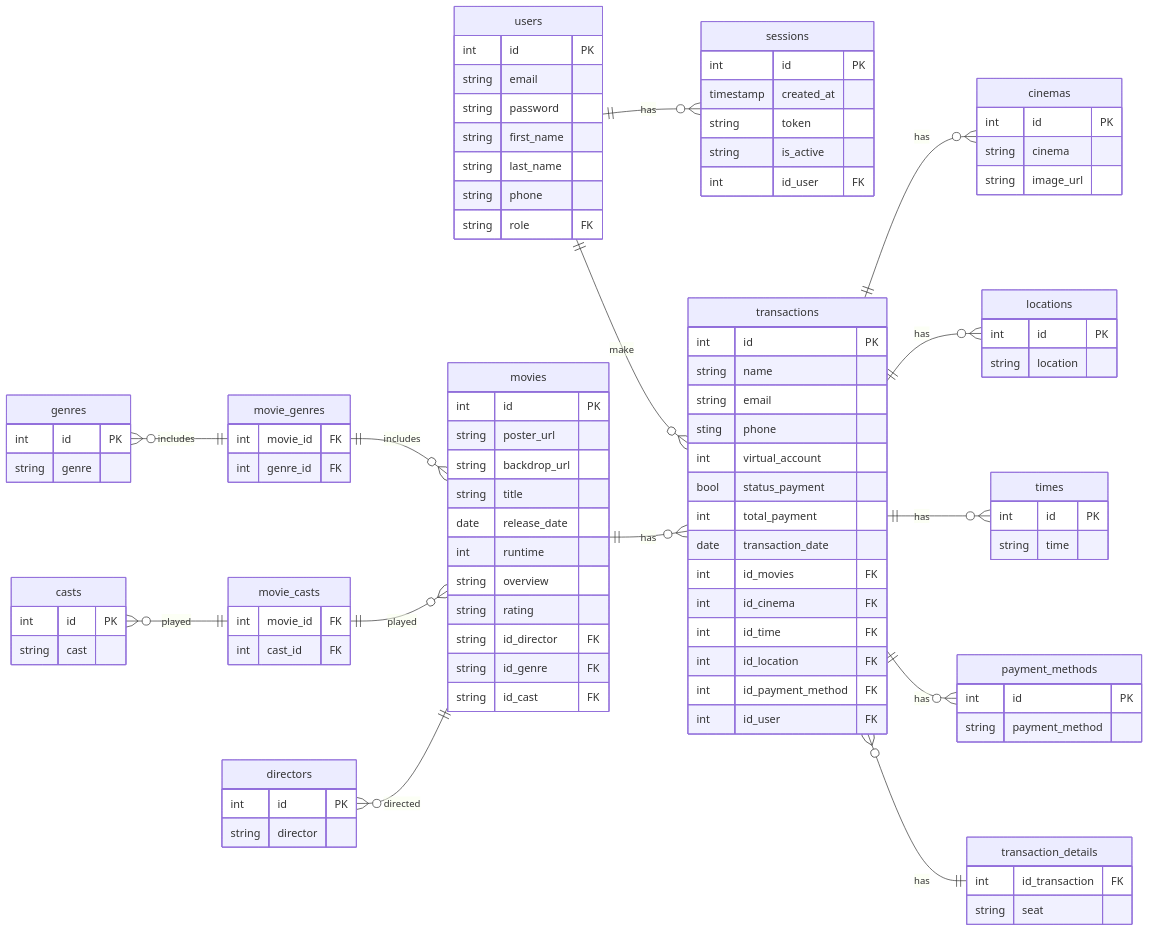
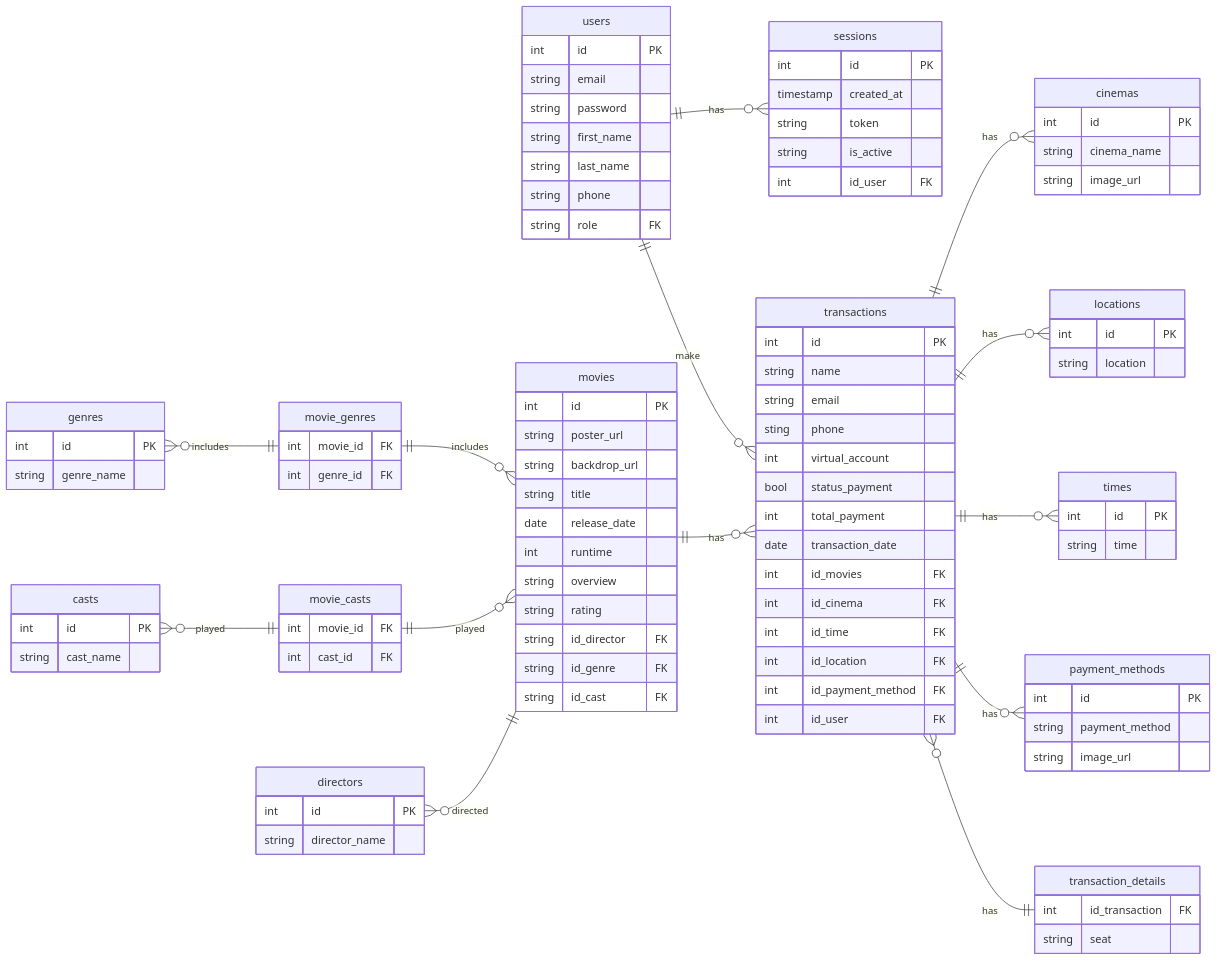
One commit to yusufbahtiarr/fgo24-db-weeklytask changed the diagram in readme.md. Above: the diagram before and after it, drawn with Mermaid.

Commit message:
docs: add attribut name in table cast, director, genre

````diff
--- a/readme.md
+++ b/readme.md
@@ -57,16 +57,16 @@
 }
   casts {
     int id PK
-    string cast
+    string cast_name
   }
   directors {
     int id PK
-    string director
+    string director_name
   }
 
   genres {
     int id PK
-    string genre
+    string genre_name
   }
 
   movie_genres {
@@ -98,7 +98,7 @@
 
   cinemas {
     int id PK
-    string cinema
+    string cinema_name
     string image_url
   }
 
@@ -115,6 +115,7 @@
   payment_methods {
     int id PK
     string payment_method
+    string image_url
   }
 
 ```
````
